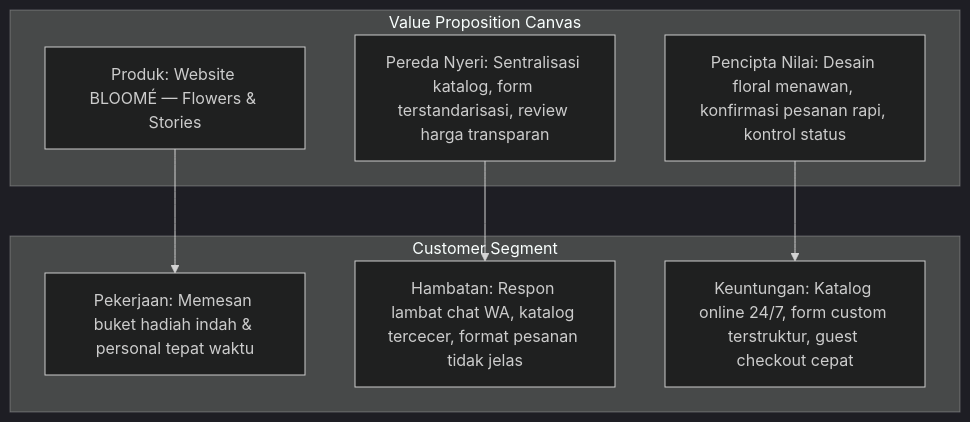
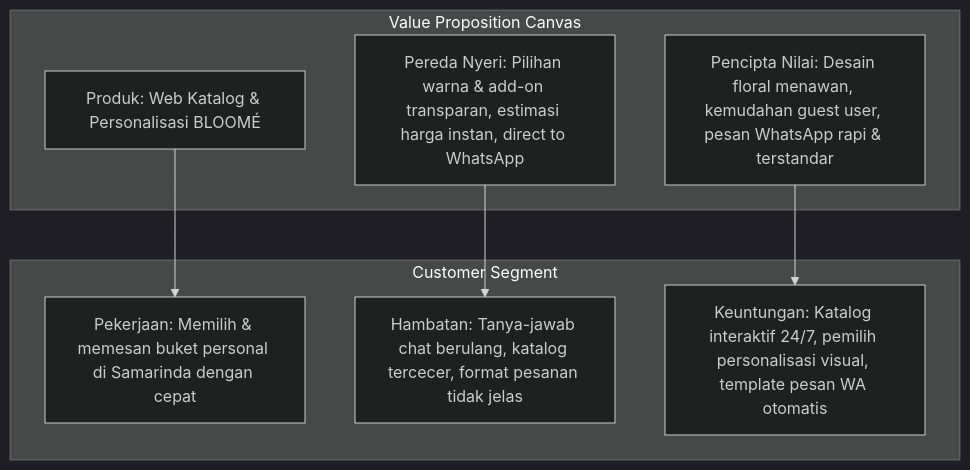
The first of 3 diagrams in prd.md (Elfend11/buketbunga), drawn with Mermaid (dark theme) before and after one commit. The commit also changed other lines of this file and 89 other files, not shown here.

````diff
--- a/prd.md
+++ b/prd.md
@@ -115,18 +112,18 @@
 ```mermaid
 graph TD
     subgraph Pelanggan ["Customer Segment"]
-        Jobs["Pekerjaan: Memesan buket hadiah indah & personal tepat waktu"]
-        Pains["Hambatan: Respon lambat chat WA, katalog tercecer, format pesanan tidak jelas"]
-        Gains["Keuntungan: Katalog online 24/7, form custom terstruktur, guest checkout cepat"]
+        Jobs["Pekerjaan: Memilih & memesan buket personal di Samarinda dengan cepat"]
+        Pains["Hambatan: Tanya-jawab chat berulang, katalog tercecer, format pesanan tidak jelas"]
+        Gains["Keuntungan: Katalog interaktif 24/7, pemilih personalisasi visual, template pesan WA otomatis"]
     end
 
     subgraph Nilai_Produk ["Value Proposition Canvas"]
-        Products["Produk: Website BLOOMÉ — Flowers & Stories"]
-        PainRelievers["Pereda Nyeri: Sentralisasi katalog, form terstandarisasi, review harga transparan"]
-        GainCreators["Pencipta Nilai: Desain floral menawan, konfirmasi pesanan rapi, kontrol status"]
+        Products["Produk: Web Katalog & Personalisasi BLOOMÉ"]
+        PainRelievers["Pereda Nyeri: Pilihan warna & add-on transparan, estimasi harga instan, direct to WhatsApp"]
+        GainCreators["Pencipta Nilai: Desain floral menawan, kemudahan guest user, pesan WhatsApp rapi & terstandar"]
     end
 
     Products --> Jobs
     PainRelievers --> Pains
     GainCreators --> Gains
 ```
````
